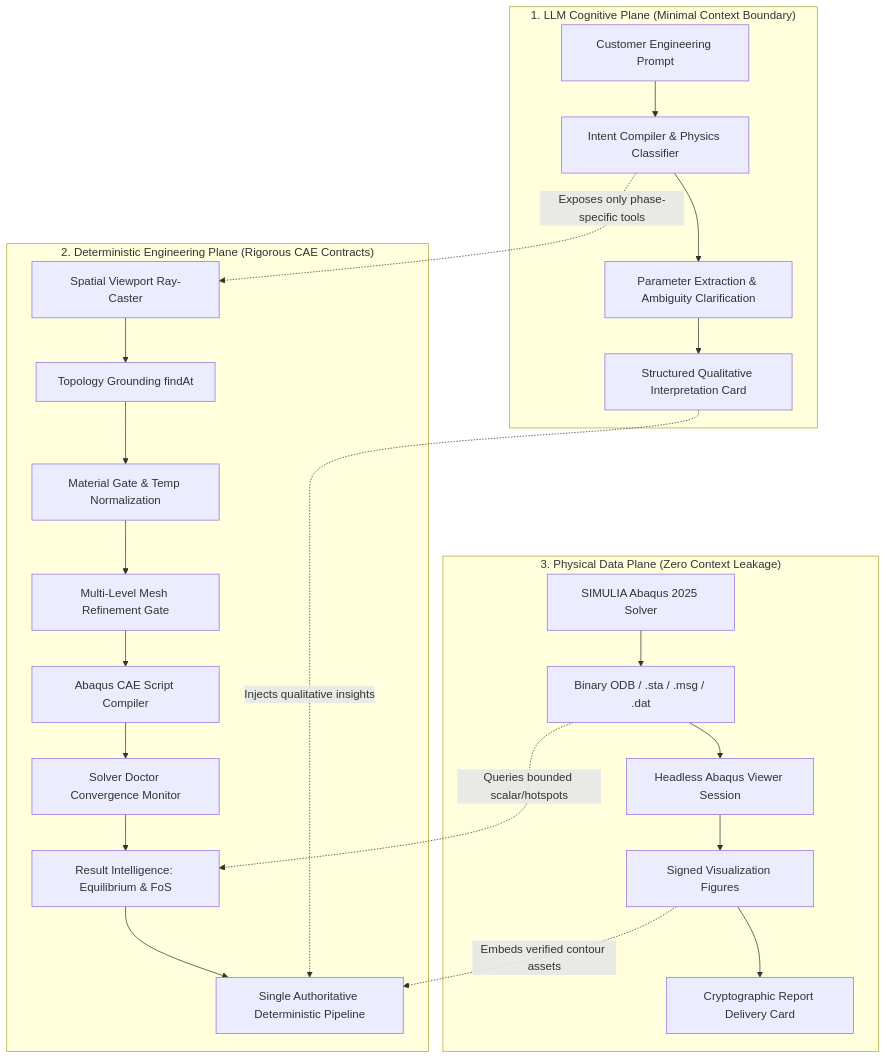
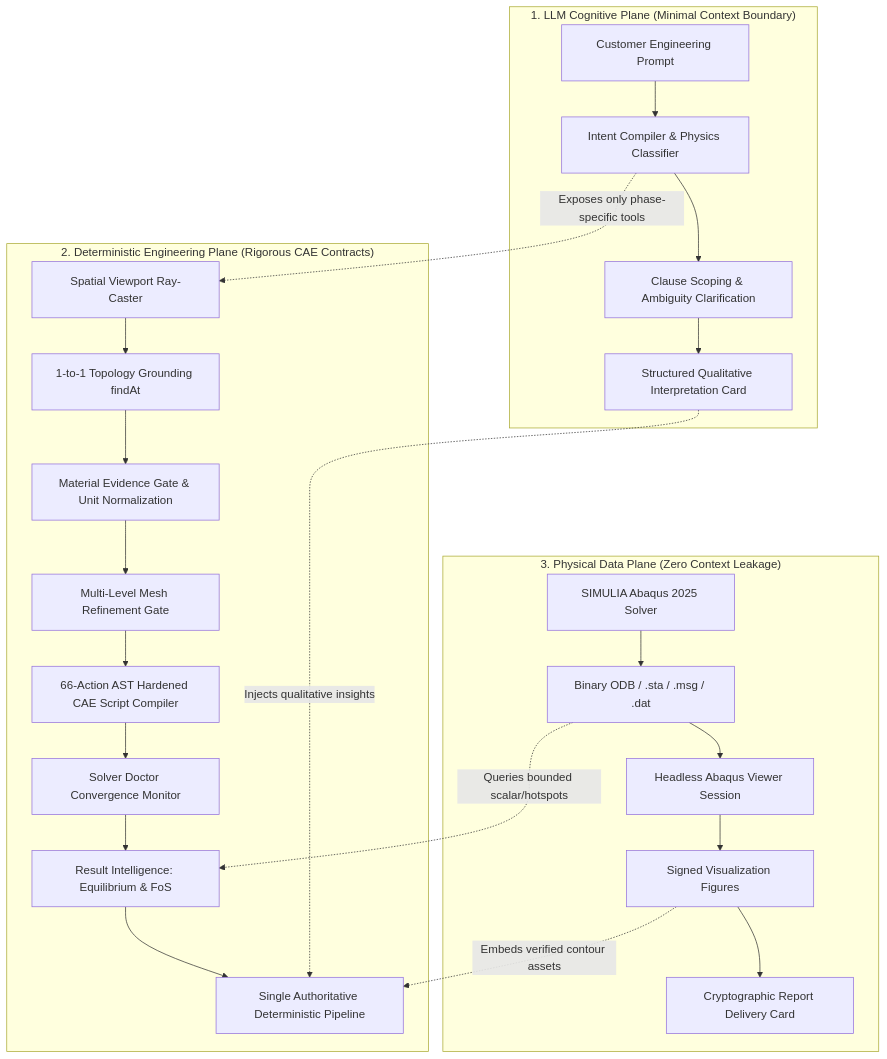
Before and after one commit to chenlei-gh/Abaqus-AI-Agent: the second of 2 diagrams in README.md, drawn with Mermaid. The commit also changed other lines of this file and 1 other file, not shown here.

````diff
--- a/README.md
+++ b/README.md
@@ -66,30 +67,30 @@
 ```mermaid
 flowchart TD
     subgraph Cognitive_Plane["1. LLM Cognitive Plane (Minimal Context Boundary)"]
         A[Customer Engineering Prompt] --> B[Intent Compiler & Physics Classifier]
-        B --> C[Parameter Extraction & Ambiguity Clarification]
+        B --> C[Clause Scoping & Ambiguity Clarification]
         C --> D[Structured Qualitative Interpretation Card]
     end
 
     subgraph Engineering_Plane["2. Deterministic Engineering Plane (Rigorous CAE Contracts)"]
-        E[Spatial Viewport Ray-Caster] --> F[Topology Grounding findAt]
-        F --> G[Material Gate & Temp Normalization]
+        E[Spatial Viewport Ray-Caster] --> F[1-to-1 Topology Grounding findAt]
+        F --> G[Material Evidence Gate & Unit Normalization]
         G --> H[Multi-Level Mesh Refinement Gate]
-        H --> I[Abaqus CAE Script Compiler]
+        H --> I[66-Action AST Hardened CAE Script Compiler]
         I --> J[Solver Doctor Convergence Monitor]
         J --> K[Result Intelligence: Equilibrium & FoS]
         K --> L[Single Authoritative Deterministic Pipeline]
     end
 
     subgraph Data_Plane["3. Physical Data Plane (Zero Context Leakage)"]
         M[SIMULIA Abaqus 2025 Solver] --> N[Binary ODB / .sta / .msg / .dat]
         N --> O[Headless Abaqus Viewer Session]
         O --> P[Signed Visualization Figures]
         P --> Q[Cryptographic Report Delivery Card]
     end
 
     B -.->|Exposes only phase-specific tools| E
     D -.->|Injects qualitative insights| L
     N -.->|Queries bounded scalar/hotspots| K
     P -.->|Embeds verified contour assets| L
 ```
````
